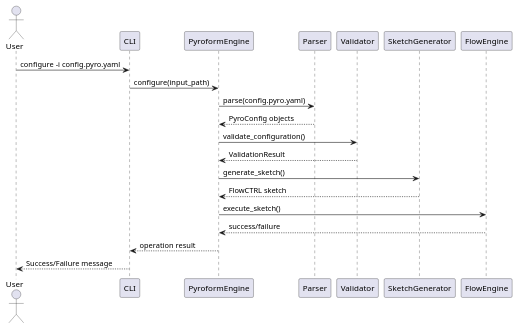
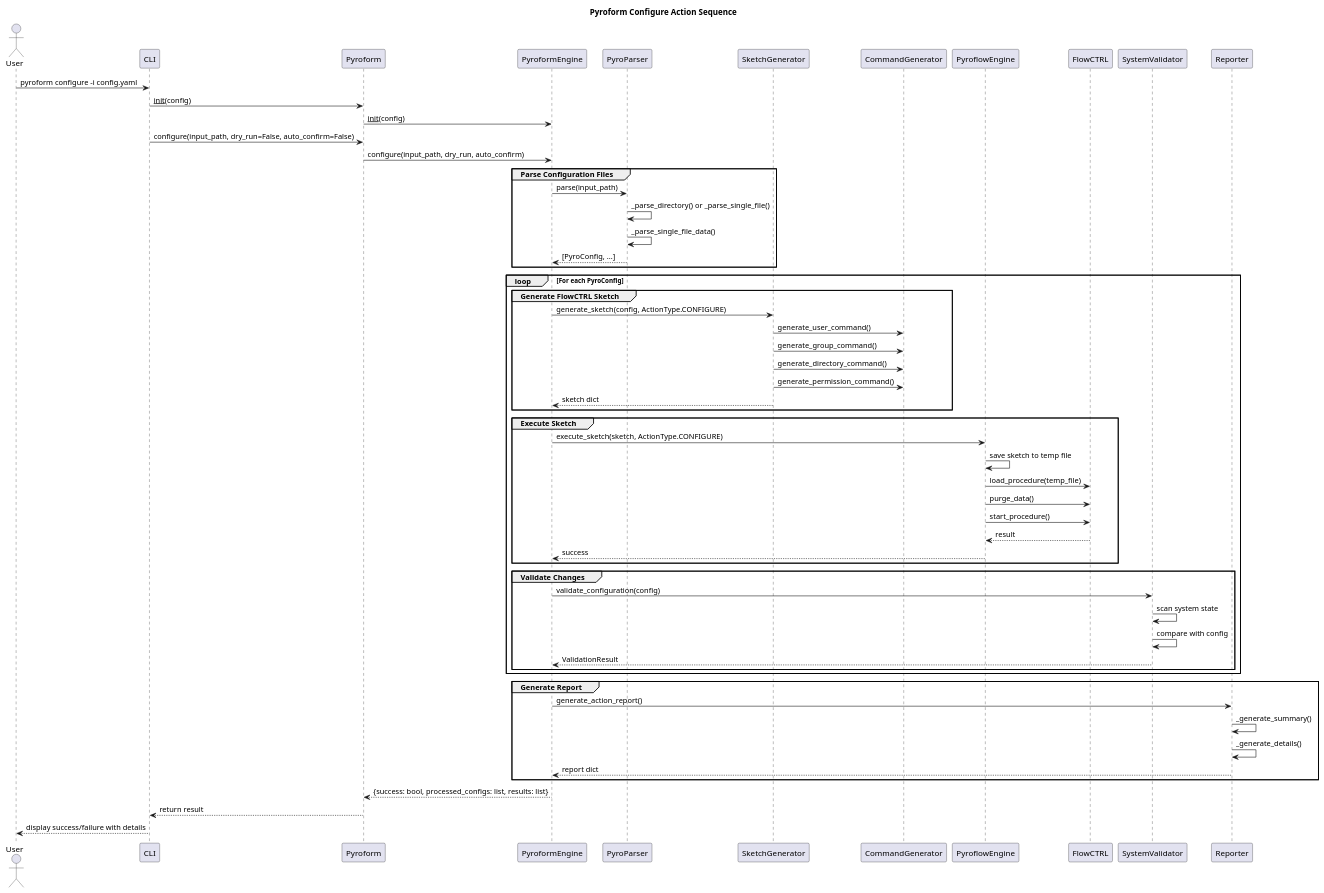
Before and after one commit to Del-Tango/Pyroform: the diagram in pyroform/dox/Diagrams/pyroform_action_configure.puml, drawn with PlantUML. The commit also changed 24 other files, not shown here.

Commit message:
Updated README and project dox with diagrams.

```diff
--- a/pyroform/dox/Diagrams/pyroform_action_configure.puml
+++ b/pyroform/dox/Diagrams/pyroform_action_configure.puml
@@ -1,22 +1,69 @@
-@startuml
+@startuml Pyroform_Configure_Sequence
+title Pyroform Configure Action Sequence
+
 actor User
 participant CLI
+participant Pyroform
 participant PyroformEngine
-participant Parser
-participant Validator
+participant PyroParser
 participant SketchGenerator
-participant FlowEngine
+participant CommandGenerator
+participant PyroflowEngine
+participant FlowCTRL
+participant SystemValidator
+participant Reporter
 
-User -> CLI: configure -i config.pyro.yaml
-CLI -> PyroformEngine: configure(input_path)
-PyroformEngine -> Parser: parse(config.pyro.yaml)
-Parser --> PyroformEngine: PyroConfig objects
-PyroformEngine -> Validator: validate_configuration()
-Validator --> PyroformEngine: ValidationResult
-PyroformEngine -> SketchGenerator: generate_sketch()
-SketchGenerator --> PyroformEngine: FlowCTRL sketch
-PyroformEngine -> FlowEngine: execute_sketch()
-FlowEngine --> PyroformEngine: success/failure
-PyroformEngine --> CLI: operation result
-CLI --> User: Success/Failure message
+User -> CLI: pyroform configure -i config.yaml
+CLI -> Pyroform: __init__(config)
+Pyroform -> PyroformEngine: __init__(config)
+
+CLI -> Pyroform: configure(input_path, dry_run=False, auto_confirm=False)
+Pyroform -> PyroformEngine: configure(input_path, dry_run, auto_confirm)
+
+group Parse Configuration Files
+    PyroformEngine -> PyroParser: parse(input_path)
+    PyroParser -> PyroParser: _parse_directory() or _parse_single_file()
+    PyroParser -> PyroParser: _parse_single_file_data()
+    PyroParser --> PyroformEngine: [PyroConfig, ...]
+end
+
+loop For each PyroConfig
+    group Generate FlowCTRL Sketch
+        PyroformEngine -> SketchGenerator: generate_sketch(config, ActionType.CONFIGURE)
+        SketchGenerator -> CommandGenerator: generate_user_command()
+        SketchGenerator -> CommandGenerator: generate_group_command()
+        SketchGenerator -> CommandGenerator: generate_directory_command()
+        SketchGenerator -> CommandGenerator: generate_permission_command()
+        SketchGenerator --> PyroformEngine: sketch dict
+    end
+
+    group Execute Sketch
+        PyroformEngine -> PyroflowEngine: execute_sketch(sketch, ActionType.CONFIGURE)
+        PyroflowEngine -> PyroflowEngine: save sketch to temp file
+        PyroflowEngine -> FlowCTRL: load_procedure(temp_file)
+        PyroflowEngine -> FlowCTRL: purge_data()
+        PyroflowEngine -> FlowCTRL: start_procedure()
+        FlowCTRL --> PyroflowEngine: result
+        PyroflowEngine --> PyroformEngine: success
+    end
+
+    group Validate Changes
+        PyroformEngine -> SystemValidator: validate_configuration(config)
+        SystemValidator -> SystemValidator: scan system state
+        SystemValidator -> SystemValidator: compare with config
+        SystemValidator --> PyroformEngine: ValidationResult
+    end
+end
+
+group Generate Report
+    PyroformEngine -> Reporter: generate_action_report()
+    Reporter -> Reporter: _generate_summary()
+    Reporter -> Reporter: _generate_details()
+    Reporter --> PyroformEngine: report dict
+end
+
+PyroformEngine --> Pyroform: {success: bool, processed_configs: list, results: list}
+Pyroform --> CLI: return result
+CLI --> User: display success/failure with details
+
 @enduml
```
